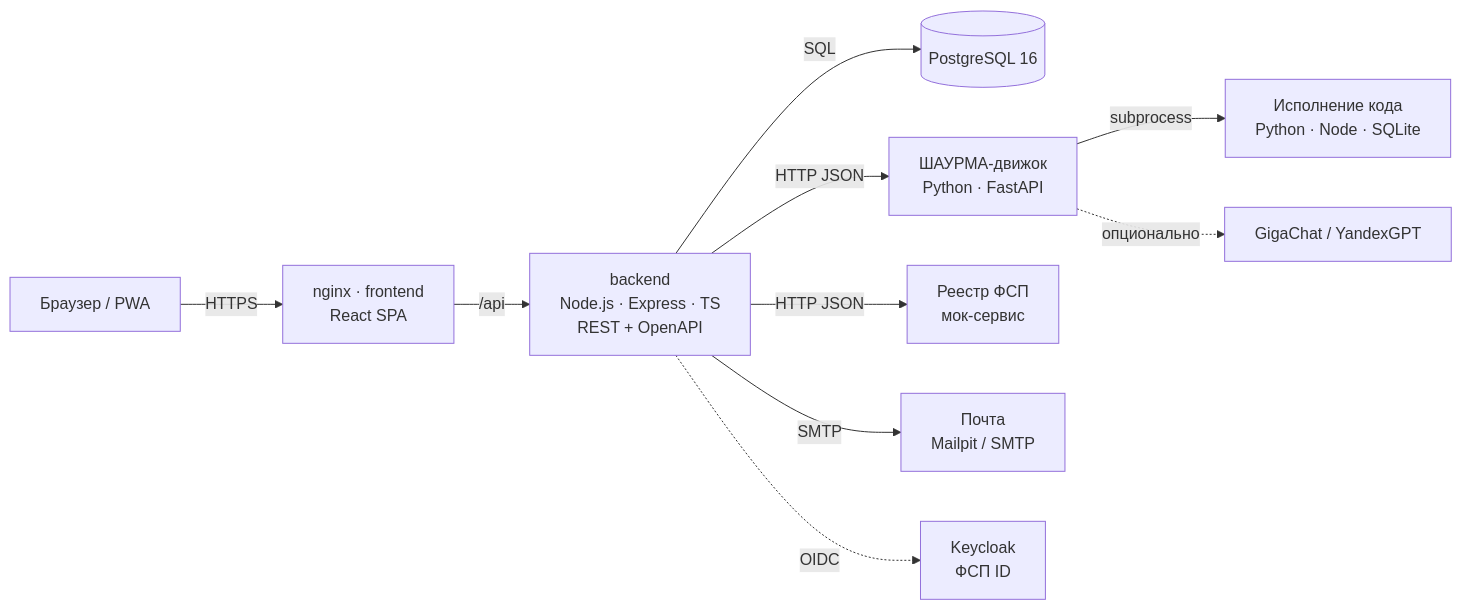
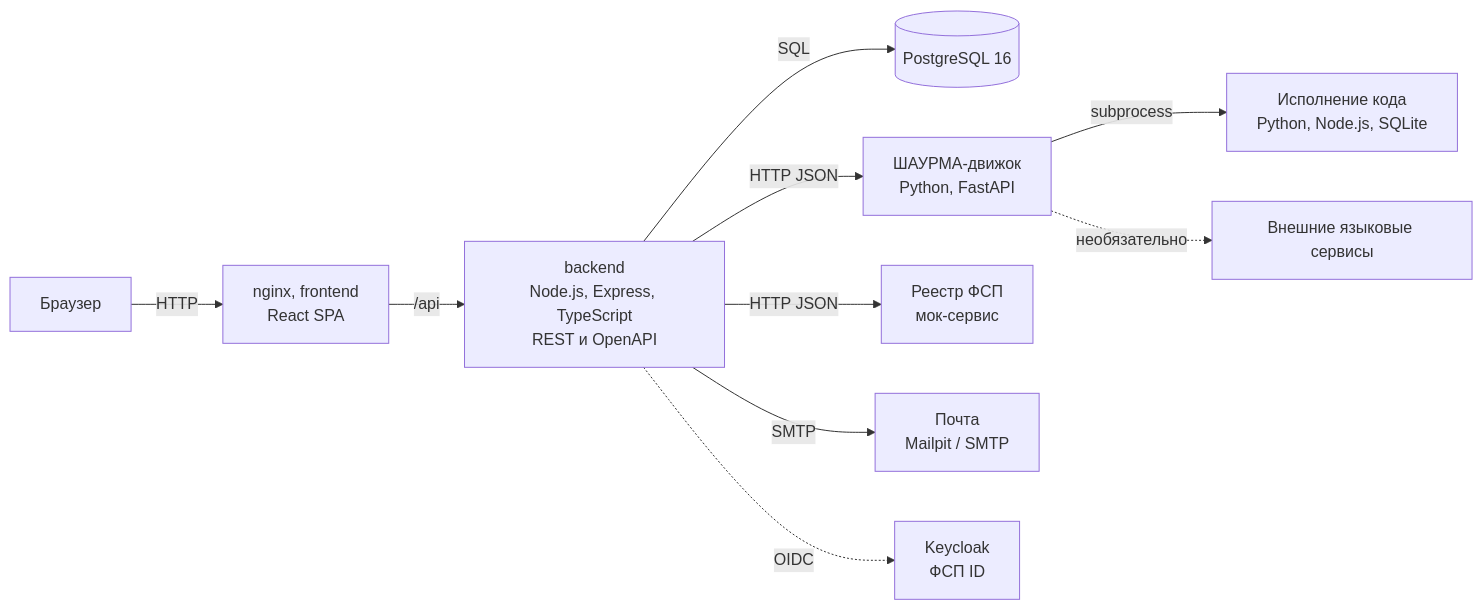
The diagram in docs/АРХИТЕКТУРА.md (IvanDer77/Shaurma), drawn with Mermaid before and after one commit. The commit also changed other lines of this file and 14 other files, not shown here.

````diff
--- a/docs/АРХИТЕКТУРА.md
+++ b/docs/АРХИТЕКТУРА.md
@@ -21,12 +21,12 @@
 ```mermaid
 flowchart LR
-  U[Браузер / PWA] -->|HTTPS| N[nginx · frontend<br/>React SPA]
-  N -->|/api| B[backend<br/>Node.js · Express · TS<br/>REST + OpenAPI]
+  U[Браузер] -->|HTTP| N[nginx, frontend<br/>React SPA]
+  N -->|/api| B[backend<br/>Node.js, Express, TypeScript<br/>REST и OpenAPI]
   B -->|SQL| DB[(PostgreSQL 16)]
-  B -->|HTTP JSON| E[ШАУРМА-движок<br/>Python · FastAPI]
+  B -->|HTTP JSON| E[ШАУРМА-движок<br/>Python, FastAPI]
   B -->|HTTP JSON| F[Реестр ФСП<br/>мок-сервис]
   B -->|SMTP| M[Почта<br/>Mailpit / SMTP]
   B -.->|OIDC| K[Keycloak<br/>ФСП ID]
-  E -->|subprocess| X[Исполнение кода<br/>Python · Node · SQLite]
-  E -.->|опционально| L[GigaChat / YandexGPT]
+  E -->|subprocess| X[Исполнение кода<br/>Python, Node.js, SQLite]
+  E -.->|необязательно| L[Внешние языковые сервисы]
 ```
````
